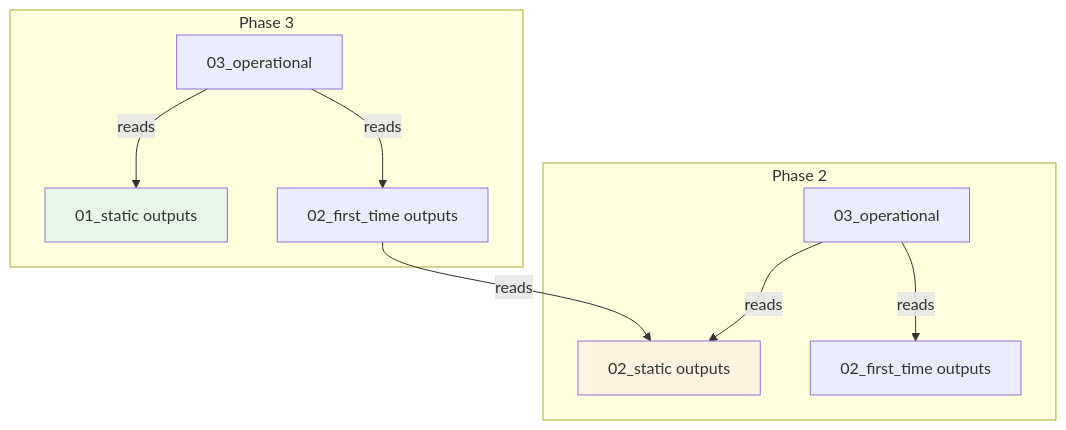
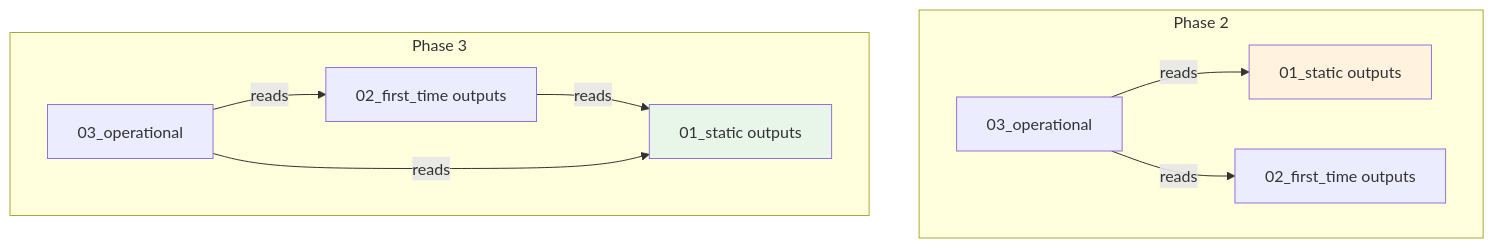
Before and after one commit to prateekpanjla-outlook/gcp_data_proc: the second of 2 diagrams in docs/RESOURCE_DEPENDENCY_MATRIX.md, drawn with Mermaid. The commit also changed other lines of this file and 26 other files, not shown here.

````diff
--- a/docs/RESOURCE_DEPENDENCY_MATRIX.md
+++ b/docs/RESOURCE_DEPENDENCY_MATRIX.md
@@ -99,24 +104,24 @@
 ```mermaid
 graph TB
     subgraph "Phase 2"
-        P2_STATIC[02_static outputs]
+        P2_STATIC[01_static outputs]
         P2_FIRST[02_first_time outputs]
         P2_OPS[03_operational]
 
         P2_OPS -->|reads| P2_STATIC
         P2_OPS -->|reads| P2_FIRST
     end
 
     subgraph "Phase 3"
         P3_STATIC[01_static outputs]
         P3_FIRST[02_first_time outputs]
         P3_OPS[03_operational]
 
-        P3_FIRST -->|reads| P2_STATIC
+        P3_FIRST -->|reads| P3_STATIC
         P3_OPS -->|reads| P3_STATIC
         P3_OPS -->|reads| P3_FIRST
     end
 
     style P2_STATIC fill:#fff3e0
     style P3_STATIC fill:#e8f5e9
 ```
````
